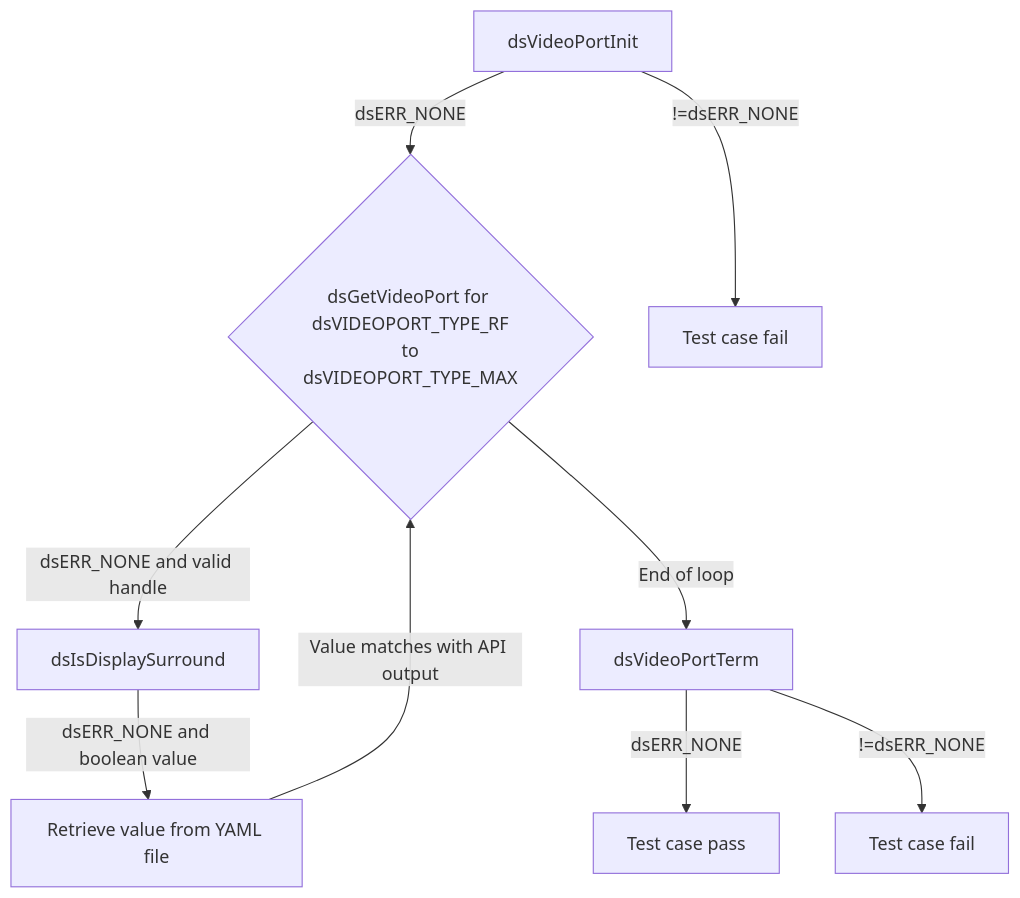
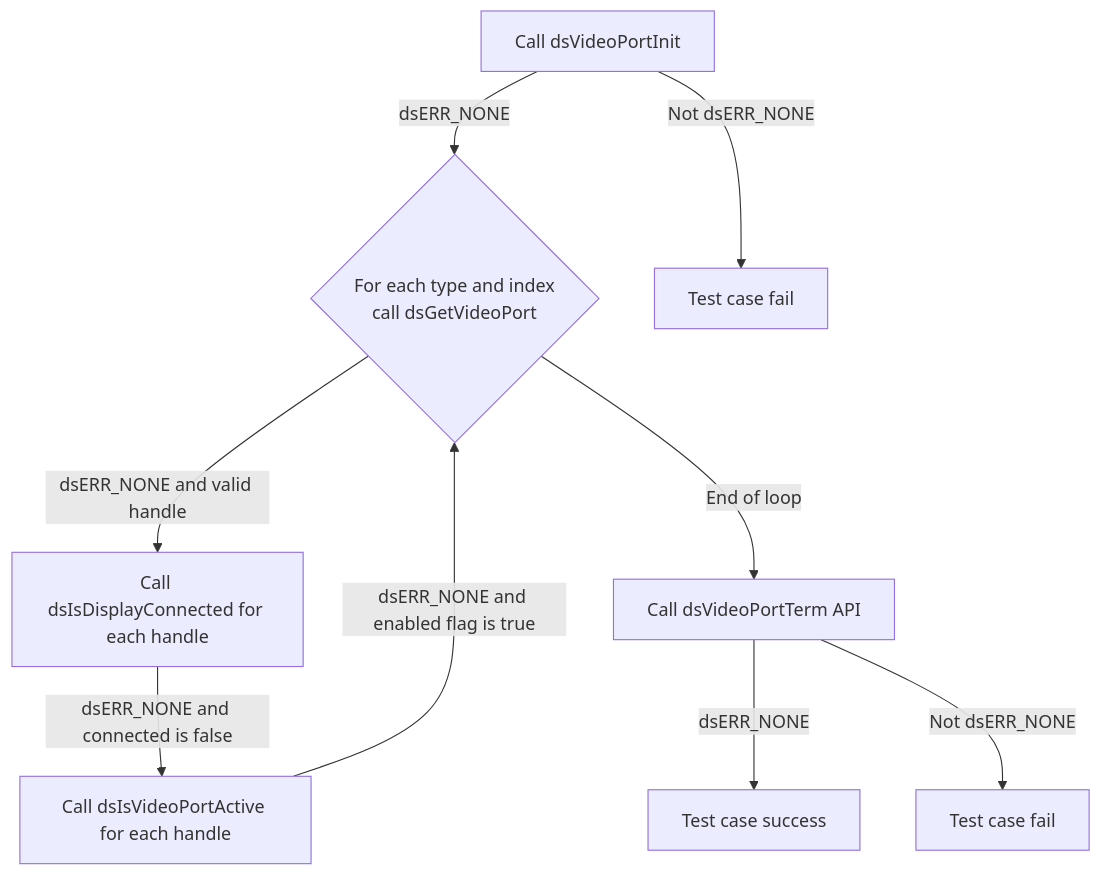
One commit to rdkcentral/rdk-halif-test-device_settings changed the third of 30 diagrams in docs/pages/dsVideoPort_L2_Low-Level_TestSpecification.md. Above: the diagram before and after it, drawn with Mermaid. The commit also changed other lines of this file and 5 other files, not shown here.

````diff
--- a/docs/pages/dsVideoPort_L2_Low-Level_TestSpecification.md
+++ b/docs/pages/dsVideoPort_L2_Low-Level_TestSpecification.md
@@ -158,11 +158,11 @@
 ```mermaid
 graph TB
-A[dsVideoPortInit] -->|dsERR_NONE| B{dsGetVideoPort for <br> dsVIDEOPORT_TYPE_RF <br> to dsVIDEOPORT_TYPE_MAX}
-B -->|dsERR_NONE and valid handle| C[dsIsDisplaySurround]
-C -->|dsERR_NONE and boolean value| D[Retrieve value from YAML file]
-D -->|Value matches with API output| B
-B -->|End of loop| E[dsVideoPortTerm]
-E -->|dsERR_NONE| F[Test case pass]
-A -->|!=dsERR_NONE| G[Test case fail]
-E -->|!=dsERR_NONE| K[Test case fail]
+    A[Call dsVideoPortInit] -->|dsERR_NONE| B{For each type and index <br> call dsGetVideoPort}
+    A -->|Not dsERR_NONE| A1[Test case fail]
+    B -->|dsERR_NONE and valid handle| C[Call dsIsDisplayConnected for each handle]
+    C -->|dsERR_NONE and connected is false| D[Call dsIsVideoPortActive for each handle]
+    D -->|dsERR_NONE and enabled flag is true| B
+    B -->|End of loop|I[Call dsVideoPortTerm API]
+    I -->|dsERR_NONE| J[Test case success]
+    I -->|Not dsERR_NONE| I1[Test case fail]
 ```
````
